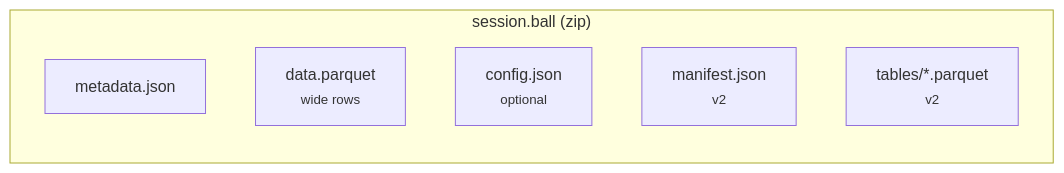
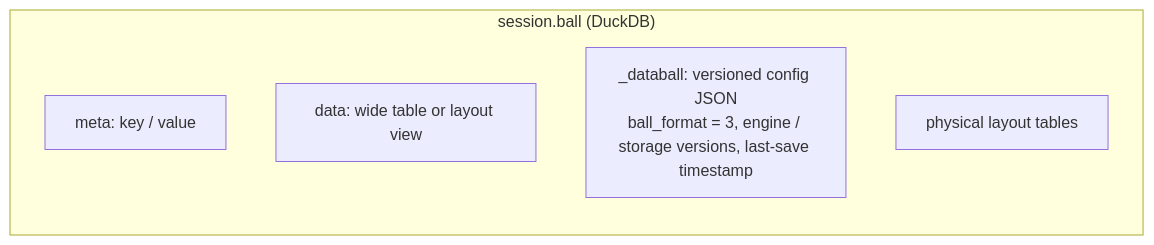
Before and after one commit to squalor-xyz/DataBall: diagram 11 of 11 in docs/how-it-works.md, drawn with Mermaid. The commit also changed other lines of this file and 28 other files, not shown here.

First line of the commit message:
db-06: .ball v3 is a native DuckDB file; ZIP .ball removed.

````diff
--- a/docs/how-it-works.md
+++ b/docs/how-it-works.md
@@ -196,10 +197,9 @@
 ```mermaid
 flowchart LR
-    subgraph ball["session.ball (zip)"]
-        meta["metadata.json"]
-        data["data.parquet<br/><small>wide rows</small>"]
-        cfg["config.json<br/><small>optional</small>"]
-        man["manifest.json<br/><small>v2</small>"]
-        tbl["tables/*.parquet<br/><small>v2</small>"]
+    subgraph ball["session.ball (DuckDB)"]
+        meta["meta: key / value"]
+        data["data: wide table or layout view"]
+        cfg["_databall: versioned config JSON<br/>ball_format = 3, engine / storage versions, last-save timestamp"]
+        tbl["physical layout tables"]
     end
 ```
````
